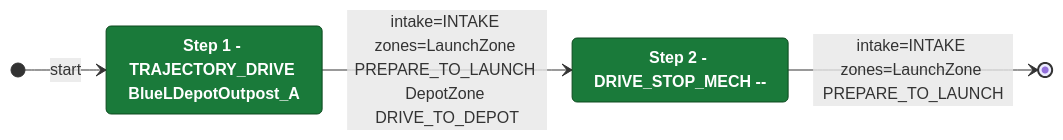
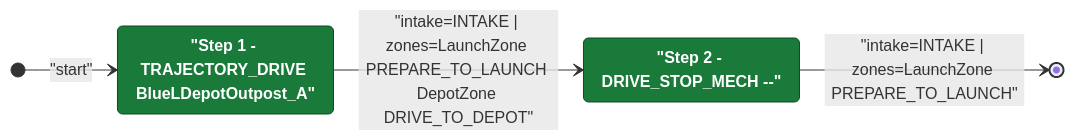
One commit to Team302/2026Rebuilt changed the diagram in documents/auton/RedTDepLaunch0DepNOutScoreNCli.md. Above: the diagram before and after it, drawn with Mermaid. The commit also changed other lines of this file and 242 other files, not shown here.

Commit message:
Regenerated diagrams with fixed red

````diff
--- a/documents/auton/RedTDepLaunch0DepNOutScoreNCli.md
+++ b/documents/auton/RedTDepLaunch0DepNOutScoreNCli.md
@@ -8,18 +8,18 @@
 ```mermaid
 stateDiagram-v2
     direction LR
 
     %% Green = intake active, Purple = intake off
     classDef intake  fill:#1a7a3a,color:#ffffff,stroke:#0d4a1f,font-weight:bold
     classDef noIntake fill:#5a4a8a,color:#ffffff,stroke:#3a2a6a,font-weight:bold
 
-    Step1 : Step 1 - TRAJECTORY_DRIVE BlueLDepotOutpost_A
-    Step2 : Step 2 - DRIVE_STOP_MECH --
+    Step1 : "Step 1 - TRAJECTORY_DRIVE BlueLDepotOutpost_A"
+    Step2 : "Step 2 - DRIVE_STOP_MECH --"
 
     class Step1 intake
     class Step2 intake
 
-    [*] --> Step1 : start
-    Step1 --> Step2: intake=INTAKE zones=LaunchZone PREPARE_TO_LAUNCH DepotZone DRIVE_TO_DEPOT
-    Step2 --> [*]: intake=INTAKE zones=LaunchZone PREPARE_TO_LAUNCH
+    [*] --> Step1 : "start"
+    Step1 --> Step2: "intake=INTAKE | zones=LaunchZone PREPARE_TO_LAUNCH DepotZone DRIVE_TO_DEPOT"
+    Step2 --> [*]: "intake=INTAKE | zones=LaunchZone PREPARE_TO_LAUNCH"
 ```
````
